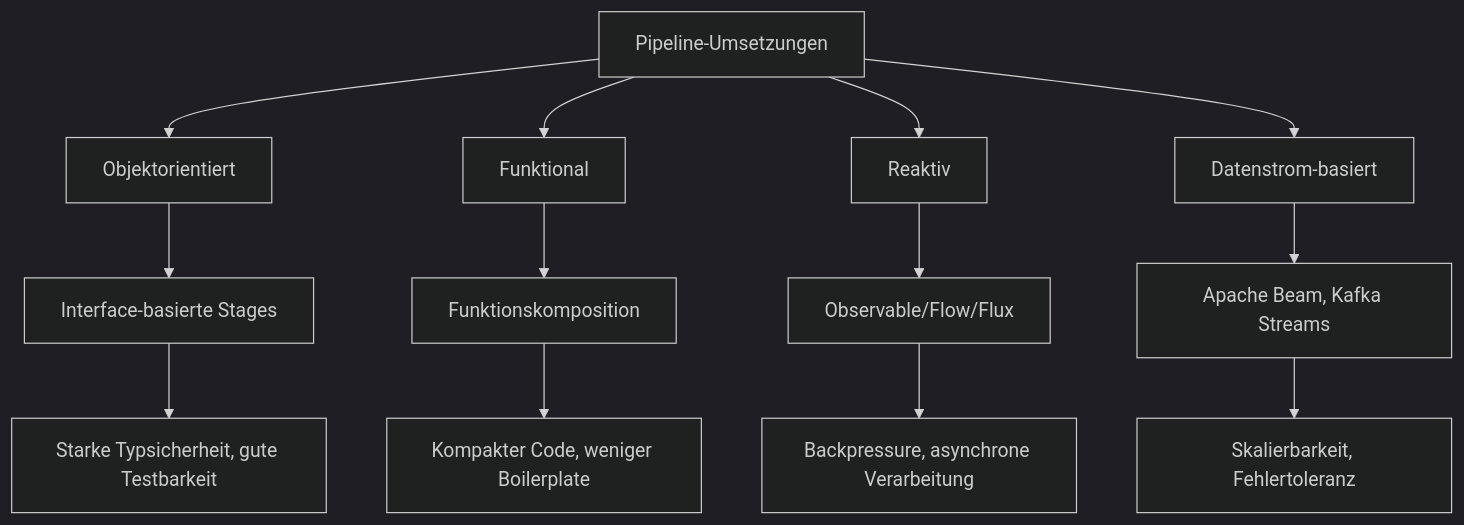
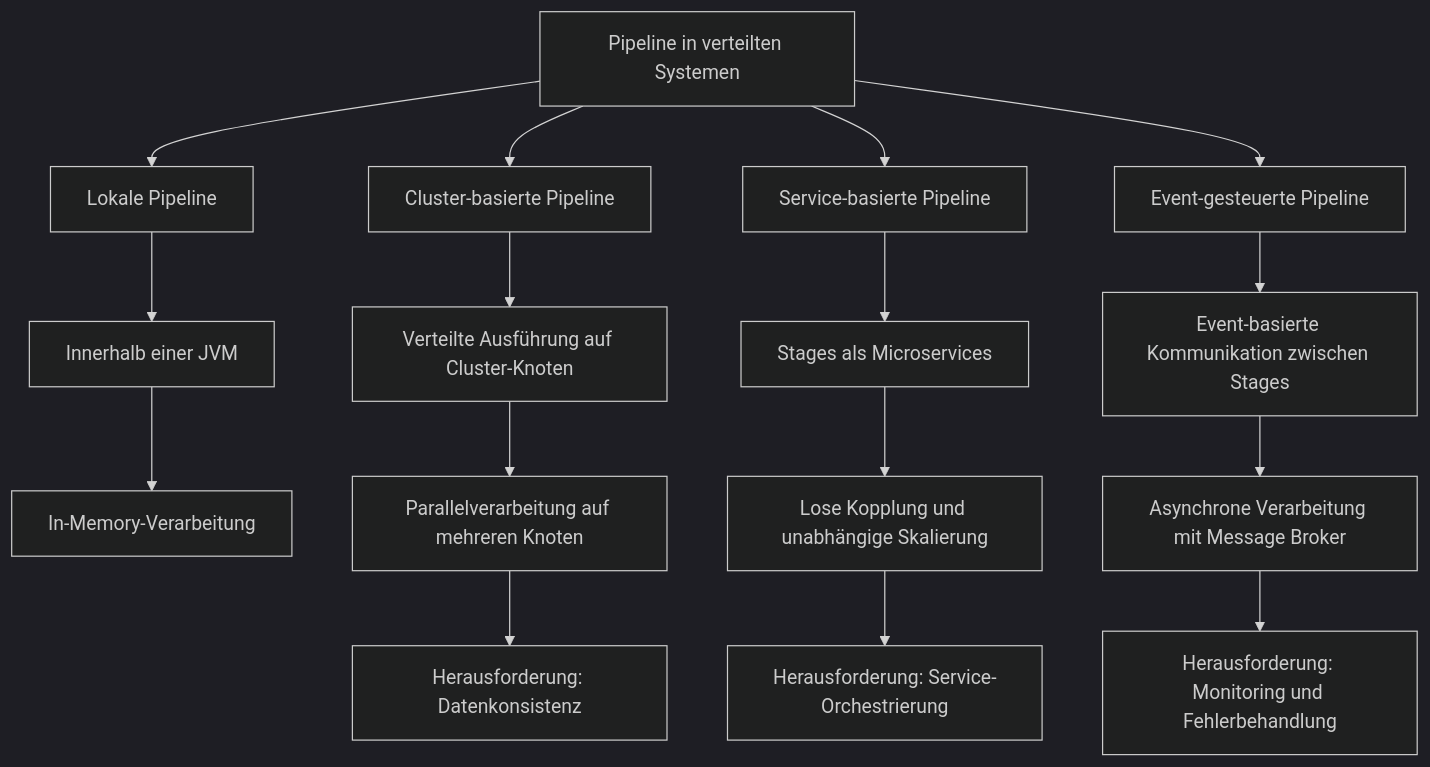
One commit to scimbe/VS_Pattern_By_KI changed diagram 11 of 13 in Pipeline/docs/PATTERNS_COMPARISON.md. Above: the diagram before and after it, drawn with Mermaid (dark theme). The commit also changed other lines of this file and 19 other files, not shown here.

````diff
--- a/Pipeline/docs/PATTERNS_COMPARISON.md
+++ b/Pipeline/docs/PATTERNS_COMPARISON.md
@@ -218,17 +218,21 @@
 ```mermaid
 graph TD
-    A[Pipeline-Umsetzungen] --> B[Objektorientiert]
-    A --> C[Funktional]
-    A --> D[Reaktiv]
-    A --> E[Datenstrom-basiert]
+    A[Pipeline in verteilten Systemen] --> B[Lokale Pipeline]
+    A --> C[Cluster-basierte Pipeline]
+    A --> D[Service-basierte Pipeline]
+    A --> E[Event-gesteuerte Pipeline]
     
-    B --> B1[Interface-basierte Stages]
-    C --> C1[Funktionskomposition]
-    D --> D1[Observable/Flow/Flux]
-    E --> E1[Apache Beam, Kafka Streams]
+    B --> B1[Innerhalb einer JVM]
+    C --> C1[Verteilte Ausführung auf Cluster-Knoten]
+    D --> D1[Stages als Microservices]
+    E --> E1[Event-basierte Kommunikation zwischen Stages]
     
-    B1 --> F[Starke Typsicherheit, gute Testbarkeit]
-    C1 --> G[Kompakter Code, weniger Boilerplate]
-    D1 --> H[Backpressure, asynchrone Verarbeitung]
-    E1 --> I[Skalierbarkeit, Fehlertoleranz]
+    B1 --> F[In-Memory-Verarbeitung]
+    C1 --> G[Parallelverarbeitung auf mehreren Knoten]
+    D1 --> H[Lose Kopplung und unabhängige Skalierung]
+    E1 --> I[Asynchrone Verarbeitung mit Message Broker]
+    
+    G --> J[Herausforderung: Datenkonsistenz]
+    H --> K[Herausforderung: Service-Orchestrierung]
+    I --> L[Herausforderung: Monitoring und Fehlerbehandlung]
 ```
````
